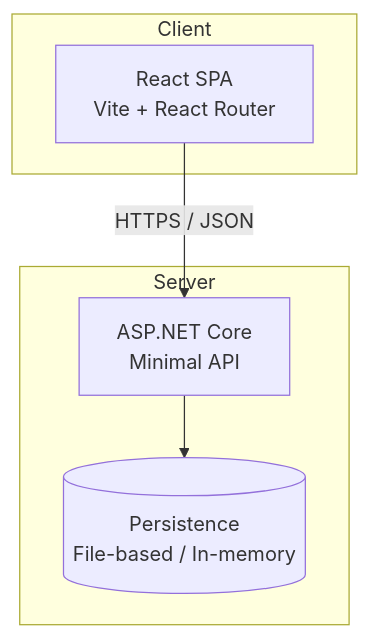
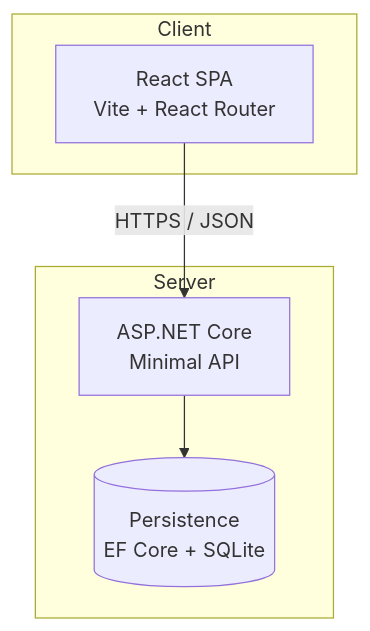
Before and after one commit to sdgirard/todo-app-code-challenge: the first of 2 diagrams in docs/architecture/overview-architecture.md, drawn with Mermaid. The commit also changed other lines of this file and 5 other files, not shown here.

````diff
--- a/docs/architecture/overview-architecture.md
+++ b/docs/architecture/overview-architecture.md
@@ -11,14 +11,14 @@
 ```mermaid
 graph TB
     subgraph Client
         SPA[React SPA<br/>Vite + React Router]
     end
 
     subgraph Server
         API[ASP.NET Core<br/>Minimal API]
-        Store[(Persistence<br/>File-based / In-memory)]
+        Store[(Persistence<br/>EF Core + SQLite)]
     end
 
     SPA -->|HTTPS / JSON| API
     API --> Store
 ```
````
